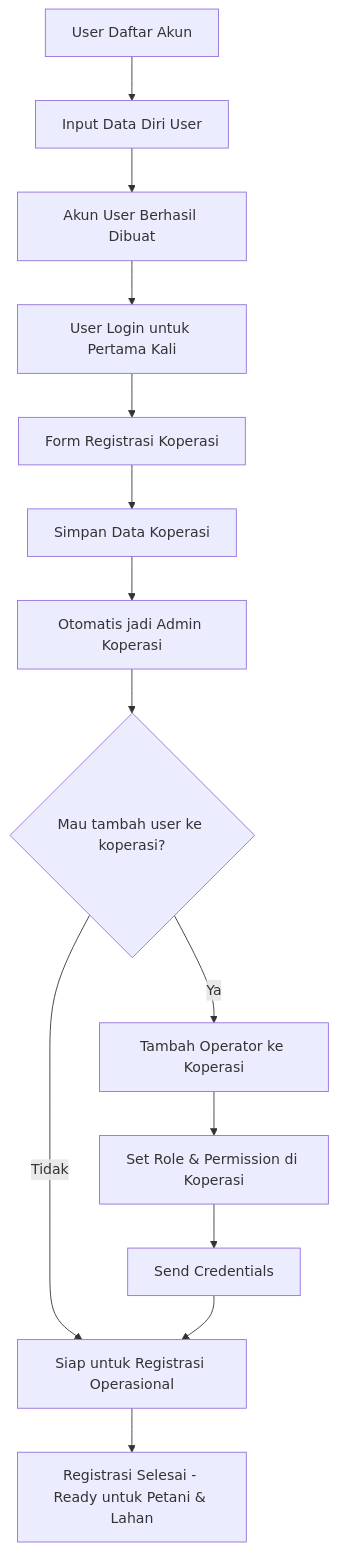
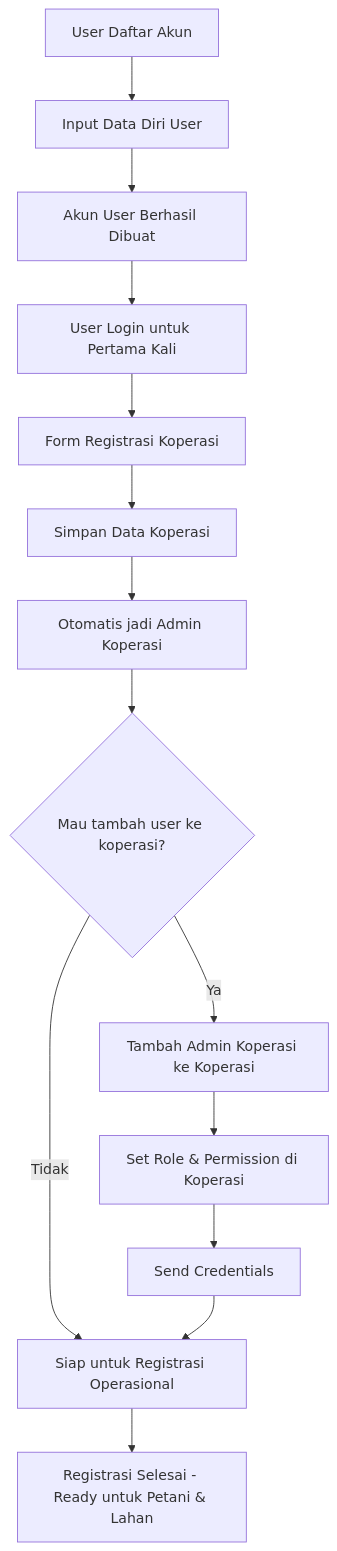
Before and after one commit to ahmaddiqi/Coop-coffee: the first of 9 diagrams in PRD-Coffee-Cooperative-System.md, drawn with Mermaid. The commit also changed other lines of this file, not shown here.

````diff
--- a/PRD-Coffee-Cooperative-System.md
+++ b/PRD-Coffee-Cooperative-System.md
@@ -311,18 +301,18 @@
 ```mermaid
 flowchart TD
     A[User Daftar Akun] --> B[Input Data Diri User]
     B --> C[Akun User Berhasil Dibuat]
     C --> D[User Login untuk Pertama Kali]
     D --> E[Form Registrasi Koperasi]
     E --> F[Simpan Data Koperasi]
     F --> G[Otomatis jadi Admin Koperasi]
     G --> H{Mau tambah user ke koperasi?}
     
-    H -->|Ya| I[Tambah Operator ke Koperasi]
+    H -->|Ya| I[Tambah Admin Koperasi ke Koperasi]
     I --> J[Set Role & Permission di Koperasi]
     J --> K[Send Credentials]
     
     H -->|Tidak| L[Siap untuk Registrasi Operasional]
     K --> L
     L --> M[Registrasi Selesai - Ready untuk Petani & Lahan]
 ```
````
